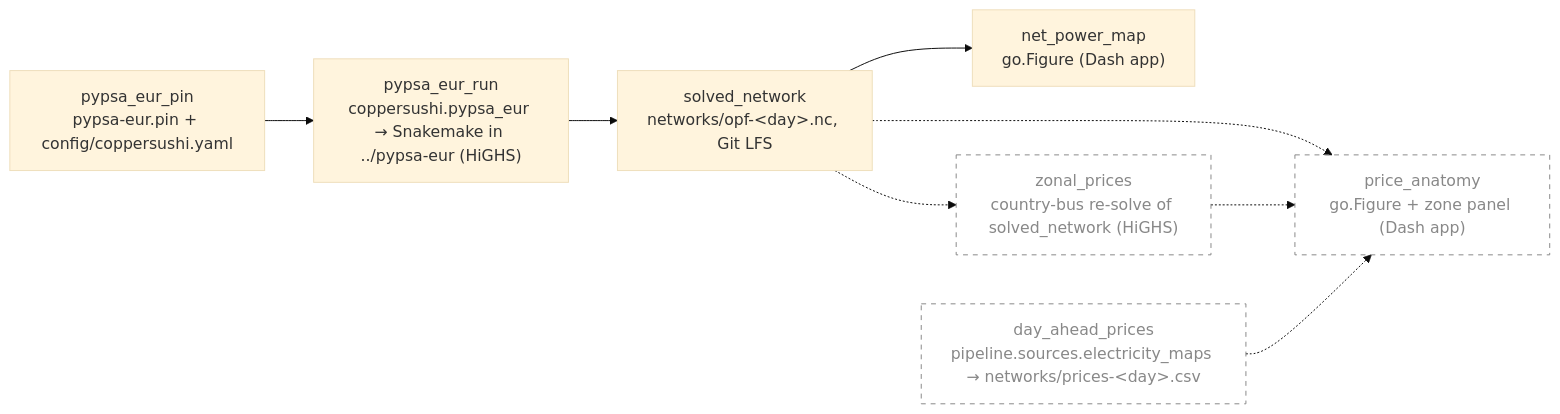
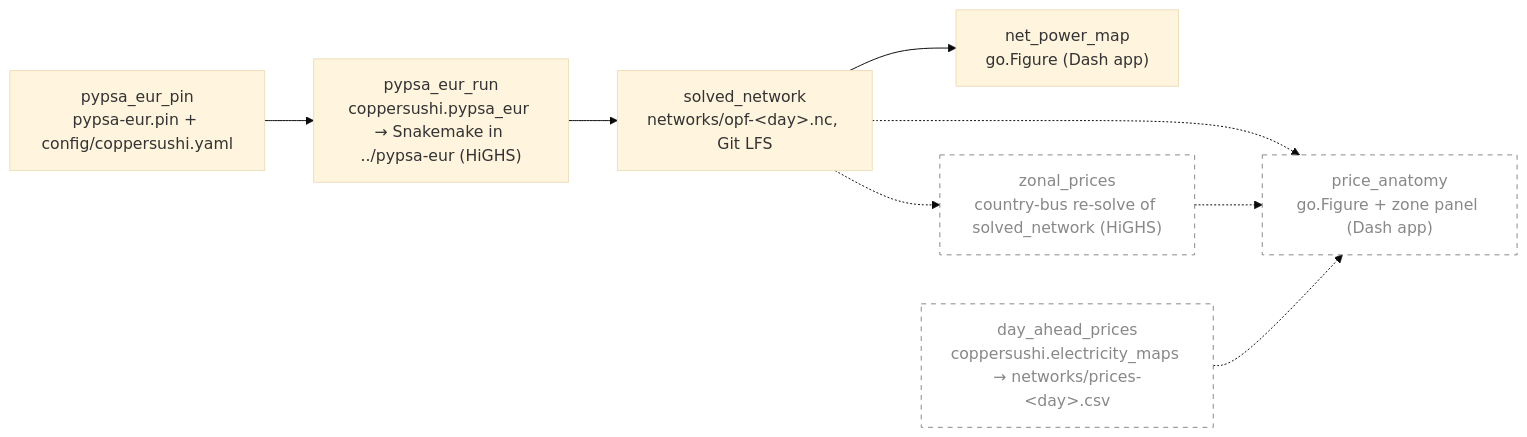
Before and after one commit to zoltanmaric/coppersushi: the diagram in wiki/sushi-2.md, drawn with Mermaid (base theme). The commit also changed 1 other file, not shown here.

Commit message:
Spec: name the planned Electricity Maps source in the coppersushi package
The package fold on #19 replaced pipeline/sources/ with coppersushi/; the planned node and the spec line follow.

Claude-Session: https://claude.ai/code/session_01GdkvfwfDEbhpSTAz7nrUuL

````diff
--- a/wiki/sushi-2.md
+++ b/wiki/sushi-2.md
@@ -16,22 +16,22 @@
 ```mermaid
 flowchart LR
     classDef planned stroke-dasharray: 5 5,stroke:#888,color:#888,fill:none
 
     net_power_map["net_power_map<br/>go.Figure (Dash app)"]
 
     pypsa_eur_pin["pypsa_eur_pin<br/>pypsa-eur.pin + config/coppersushi.yaml"]
     pypsa_eur_run["pypsa_eur_run<br/>coppersushi.pypsa_eur → Snakemake in ../pypsa-eur (HiGHS)"]
     solved_network["solved_network<br/>networks/opf-&lt;day&gt;.nc, Git LFS"]
 
     zonal_prices["zonal_prices<br/>country-bus re-solve of solved_network (HiGHS)"]:::planned
-    day_ahead_prices["day_ahead_prices<br/>pipeline.sources.electricity_maps → networks/prices-&lt;day&gt;.csv"]:::planned
+    day_ahead_prices["day_ahead_prices<br/>coppersushi.electricity_maps → networks/prices-&lt;day&gt;.csv"]:::planned
     price_anatomy["price_anatomy<br/>go.Figure + zone panel (Dash app)"]:::planned
 
     pypsa_eur_pin --> pypsa_eur_run
     pypsa_eur_run --> solved_network
     solved_network --> net_power_map
     solved_network -.-> zonal_prices
     solved_network -.-> price_anatomy
     zonal_prices -.-> price_anatomy
     day_ahead_prices -.-> price_anatomy
 ```
````
